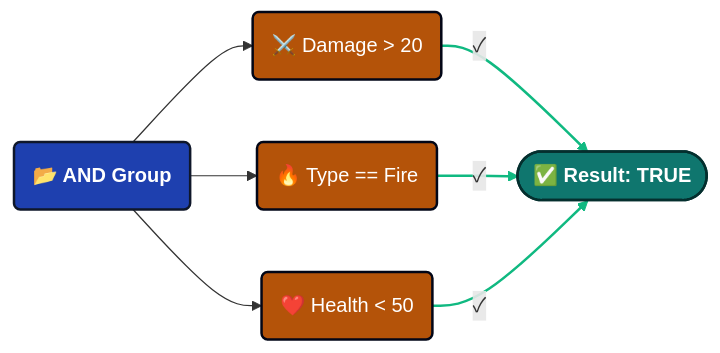
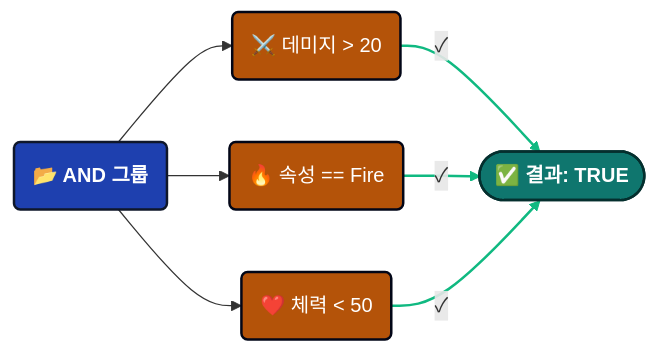
Before and after one commit to tinygiants-tech/TinyGiants: the first of 5 diagrams in i18n/ko/docusaurus-plugin-content-docs/current/game-event-system/visual-workflow/visual-condition-tree.md, drawn with Mermaid. The commit also changed other lines of this file and 81 other files, not shown here.

````diff
--- a/i18n/ko/docusaurus-plugin-content-docs/current/game-event-system/visual-workflow/visual-condition-tree.md
+++ b/i18n/ko/docusaurus-plugin-content-docs/current/game-event-system/visual-workflow/visual-condition-tree.md
@@ -110,19 +110,19 @@
 ```mermaid
 graph LR
   
     classDef group fill:#1e40af,stroke:#0f172a,stroke-width:2px,color:#ffffff,font-weight:bold
     classDef cond fill:#b45309,stroke:#020617,stroke-width:2px,color:#ffffff
     classDef success fill:#0f766e,stroke:#042f2e,stroke-width:2px,color:#ffffff,font-weight:bold
 
-    A(📂 AND Group):::group
+    A(📂 AND 그룹):::group
     
-    A --> C1(⚔️ Damage > 20):::cond
-    A --> C2(🔥 Type == Fire):::cond
-    A --> C3(❤️ Health < 50):::cond
+    A --> C1(⚔️ 데미지 > 20):::cond
+    A --> C2(🔥 속성 == Fire):::cond
+    A --> C3(❤️ 체력 < 50):::cond
 
-    C1 -- "✓" --> R([✅ Result: TRUE]):::success
+    C1 -- "✓" --> R([✅ 결과: TRUE]):::success
     C2 -- "✓" --> R
     C3 -- "✓" --> R
 
     linkStyle 3,4,5 stroke:#10b981,stroke-width:2px
 ```
````
